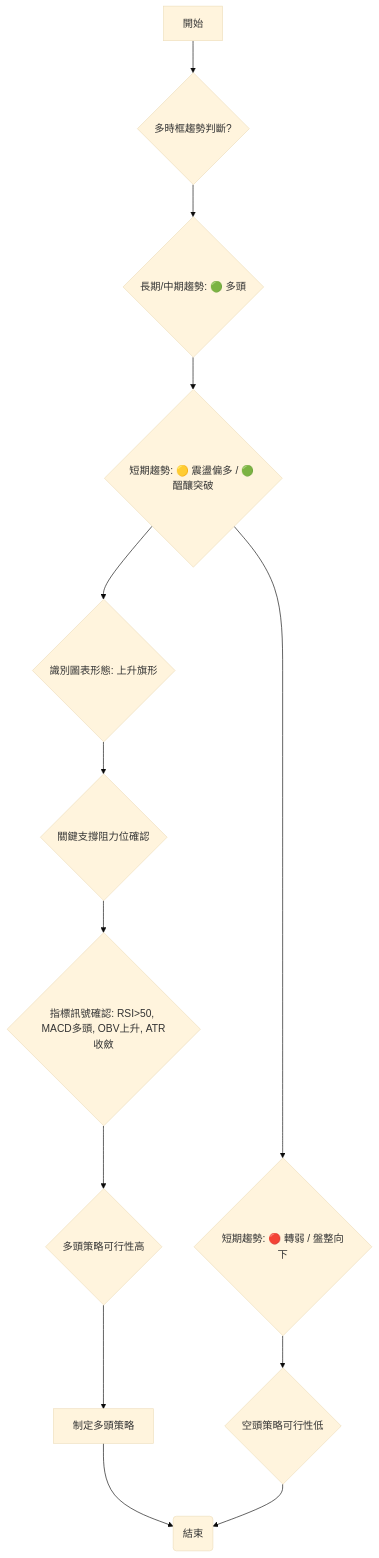
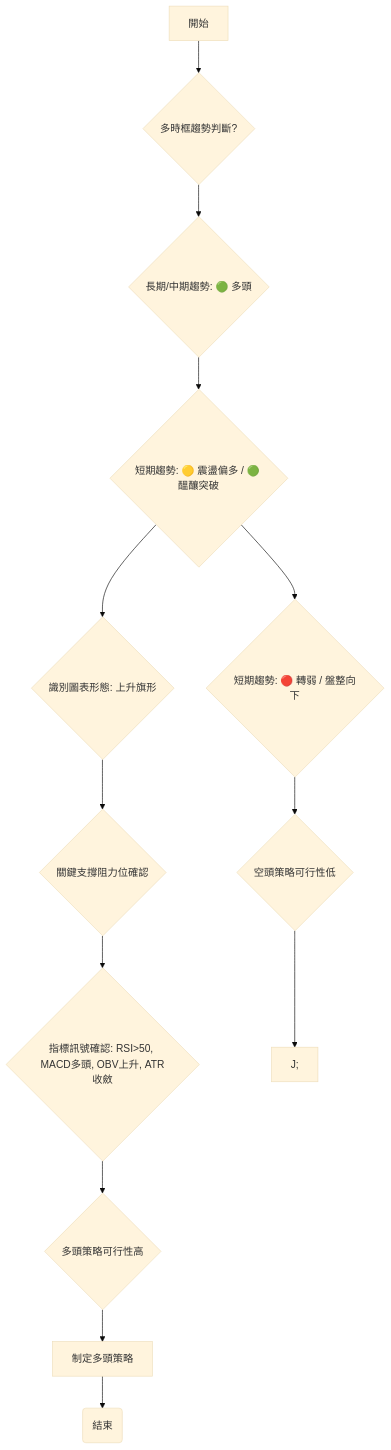
One commit to yennanliu/finance_data changed diagram 11 of 12 in ai_gen_report/stock/0050/technical_analysis_2026-06-28_gemini.md. Above: the diagram before and after it, drawn with Mermaid (base theme). The commit also changed other lines of this file and 2258 other files, not shown here.

First line of the commit message:
chore: backfill Mermaid syntax repair across existing reports

````diff
--- a/ai_gen_report/stock/0050/technical_analysis_2026-06-28_gemini.md
+++ b/ai_gen_report/stock/0050/technical_analysis_2026-06-28_gemini.md
@@ -707,16 +707,16 @@
 ```mermaid
 graph TD
-    A[開始] --> B{多時框趨勢判斷?};
-    B --> C{長期/中期趨勢: 🟢 多頭};
-    C --> D{短期趨勢: 🟡 震盪偏多 / 🟢 醞釀突破};
-    D --> E{識別圖表形態: 上升旗形};
-    E --> F{關鍵支撐阻力位確認};
-    F --> G{指標訊號確認: RSI>50, MACD多頭, OBV上升, ATR收斂};
-    G --> H{多頭策略可行性高};
-    H --> I[制定多頭策略];
-    I --> J(結束);
+    A["開始"] --> B{"多時框趨勢判斷?"};
+    B --> C{"長期/中期趨勢: 🟢 多頭"};
+    C --> D{"短期趨勢: 🟡 震盪偏多 / 🟢 醞釀突破"};
+    D --> E{"識別圖表形態: 上升旗形"};
+    E --> F{"關鍵支撐阻力位確認"};
+    F --> G{"指標訊號確認: RSI>50, MACD多頭, OBV上升, ATR收斂"};
+    G --> H{"多頭策略可行性高"};
+    H --> I["制定多頭策略"];
+    I --> J("結束");
 
-    D --> K{短期趨勢: 🔴 轉弱 / 盤整向下};
-    K --> L{空頭策略可行性低};
-    L --> J;
+    D --> K{"短期趨勢: 🔴 轉弱 / 盤整向下"};
+    K --> L{"空頭策略可行性低"};
+    L --> nb1["J;"]
 ```
````
